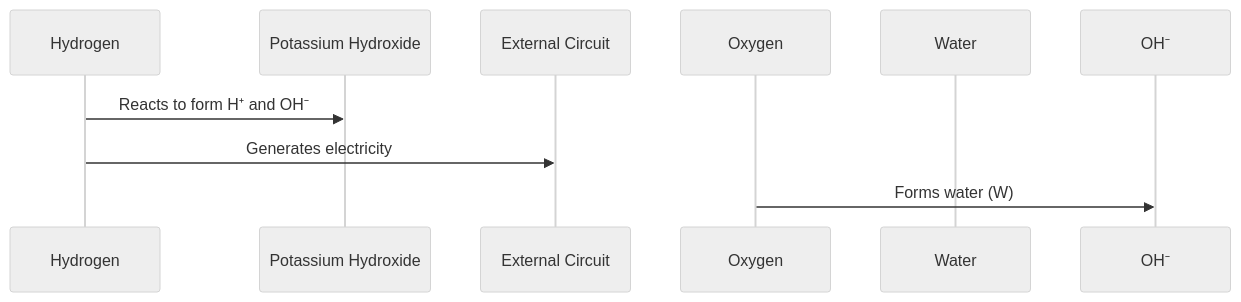
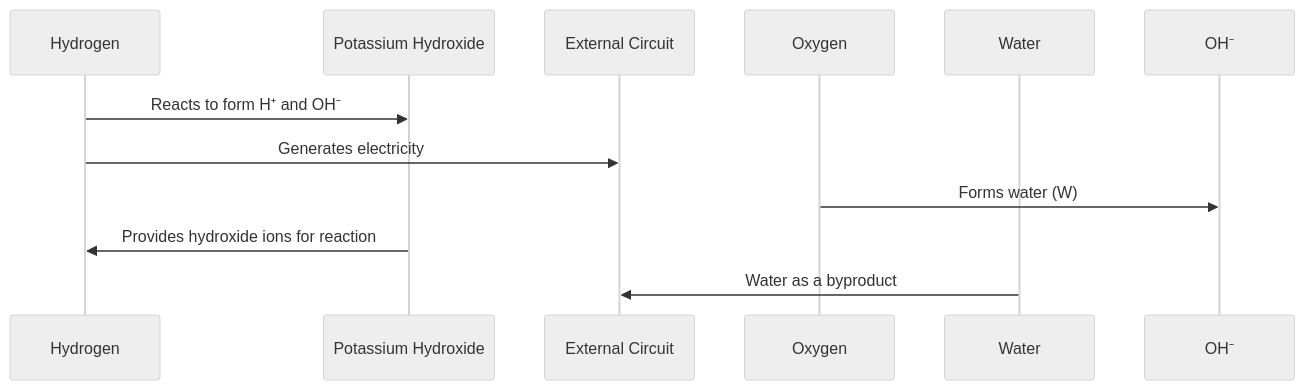
Before and after one commit to mantejjosan/chem: the diagram in index.md, drawn with Mermaid (neutral theme). The commit also changed other lines of this file, not shown here.

````diff
--- a/index.md
+++ b/index.md
@@ -85,12 +122,14 @@
 ```mermaid
 sequenceDiagram
     participant H as Hydrogen
     participant KOH as Potassium Hydroxide
     participant E as External Circuit
     participant O as Oxygen
     participant W as Water
 
     H->>KOH: Reacts to form H⁺ and OH⁻
     H->>E: Generates electricity
     O->>OH⁻: Forms water (W)
+    KOH->>H: Provides hydroxide ions for reaction
+    W->>E: Water as a byproduct
 ```
````
